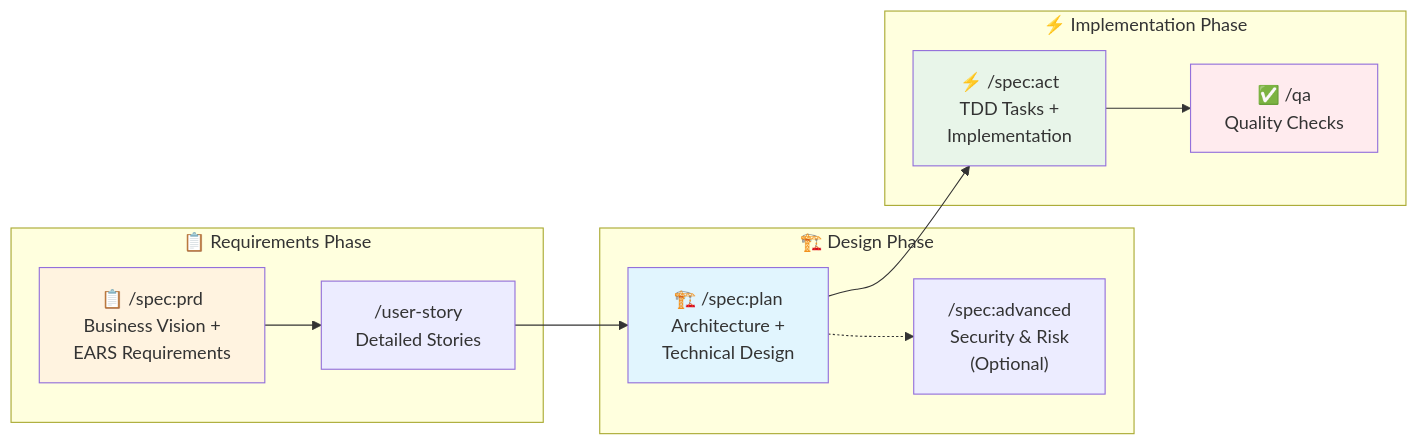
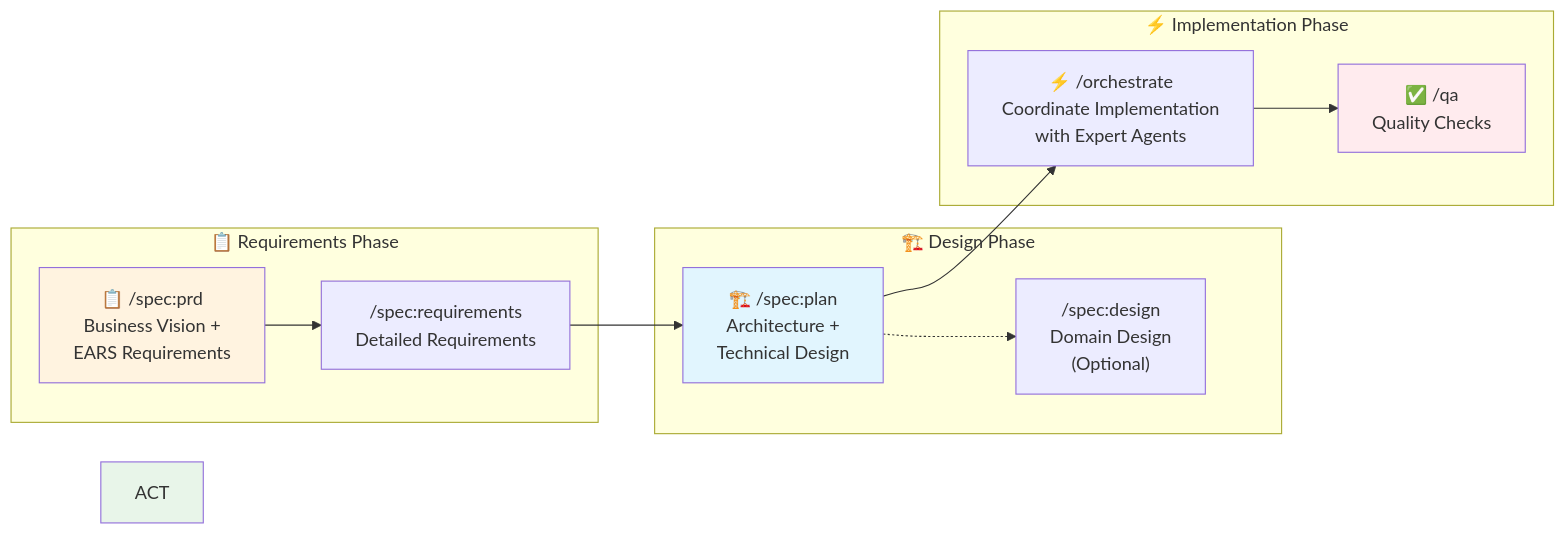
The second of 2 diagrams in docs/README.md (pocky/vibe-php), drawn with Mermaid before and after one commit. The commit also changed other lines of this file and 853 other files, not shown here.

````diff
--- a/docs/README.md
+++ b/docs/README.md
@@ -46,27 +46,27 @@
 ```mermaid
 graph LR
     subgraph "📋 Requirements Phase"
         PRD["📋 /spec:prd<br/>Business Vision +<br/>EARS Requirements"]
-        US["/user-story<br/>Detailed Stories"]
-        PRD --> US
+        REQ["/spec:requirements<br/>Detailed Requirements"]
+        PRD --> REQ
     end
     
     subgraph "🏗️ Design Phase"
         PLAN["🏗️ /spec:plan<br/>Architecture +<br/>Technical Design"]
-        ADV["/spec:advanced<br/>Security & Risk<br/>(Optional)"]
-        US --> PLAN
-        PLAN -.-> ADV
+        DESIGN["/spec:design<br/>Domain Design<br/>(Optional)"]
+        REQ --> PLAN
+        PLAN -.-> DESIGN
     end
     
     subgraph "⚡ Implementation Phase"
-        ACT["⚡ /spec:act<br/>TDD Tasks +<br/>Implementation"]
+        ORCH["⚡ /orchestrate<br/>Coordinate Implementation<br/>with Expert Agents"]
         QA["✅ /qa<br/>Quality Checks"]
-        PLAN --> ACT
-        ACT --> QA
+        PLAN --> ORCH
+        ORCH --> QA
     end
     
     style PRD fill:#fff3e0
     style PLAN fill:#e1f5fe
     style ACT fill:#e8f5e9
     style QA fill:#ffebee
 ```
````
